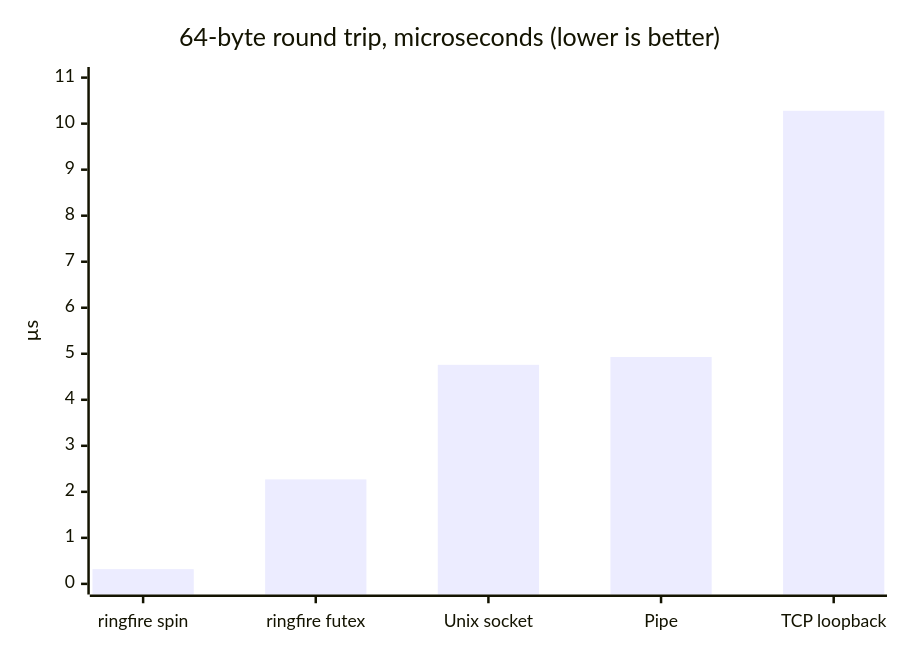
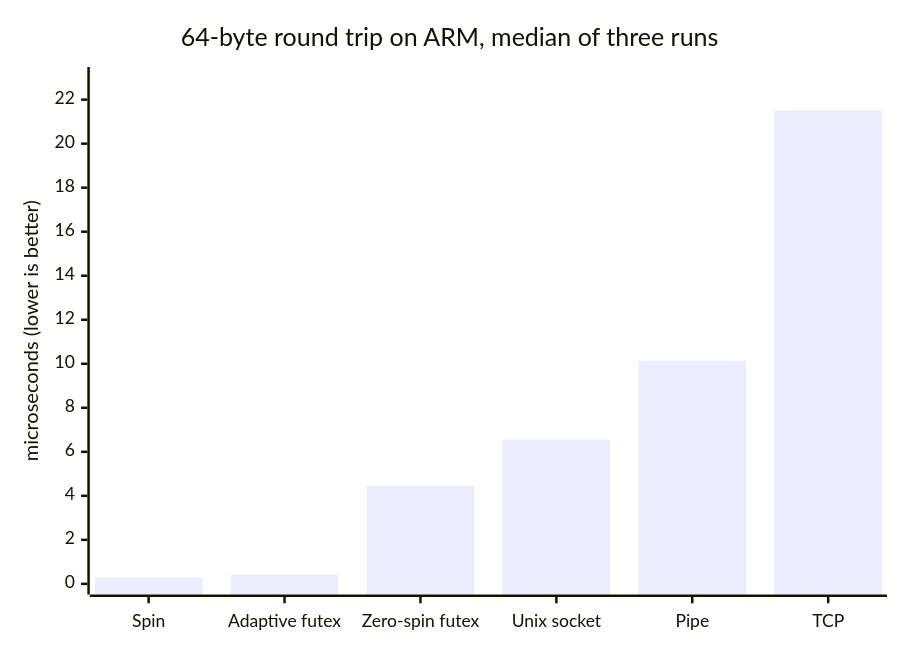
The diagram in README.md (alex09x/ringfire), drawn with Mermaid before and after one commit. The commit also changed other lines of this file and 11 other files, not shown here.

````diff
--- a/README.md
+++ b/README.md
@@ -32,7 +29,7 @@
 ```mermaid
 xychart-beta
-    title "64-byte round trip, microseconds (lower is better)"
-    x-axis ["ringfire spin", "ringfire futex", "Unix socket", "Pipe", "TCP loopback"]
-    y-axis "µs" 0 --> 11
-    bar [0.32, 2.27, 4.76, 4.93, 10.28]
+    title "64-byte round trip on ARM, median of three runs"
+    x-axis ["Spin", "Adaptive futex", "Zero-spin futex", "Unix socket", "Pipe", "TCP"]
+    y-axis "microseconds (lower is better)" 0 --> 23
+    bar [0.29, 0.42, 4.46, 6.55, 10.14, 21.51]
 ```
````
